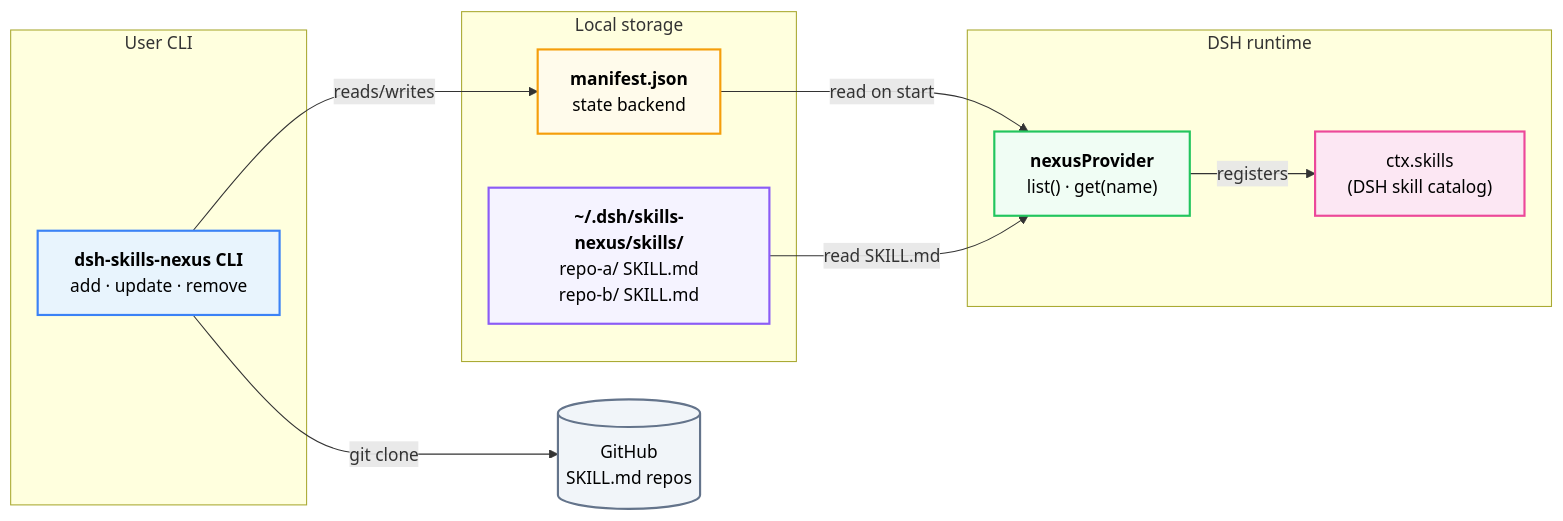
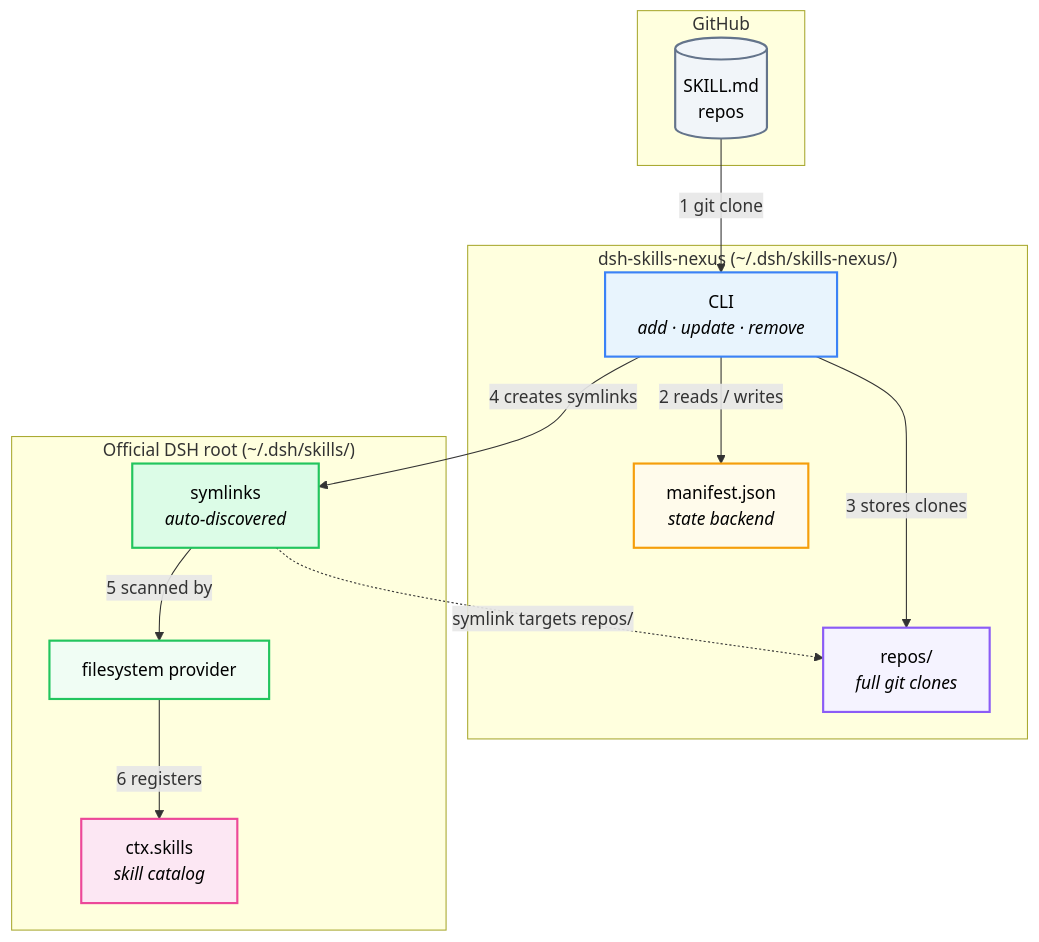
One commit to xiaxi626/dsh-skills-nexus changed the diagram in README.md. Above: the diagram before and after it, drawn with Mermaid. The commit also changed other lines of this file and 91 other files, not shown here.

First line of the commit message:
feat: 架构重构为 Symlink + 官方 Provider

````diff
--- a/README.md
+++ b/README.md
@@ -16,31 +22,34 @@
 ```mermaid
-flowchart LR
-    subgraph User CLI
-        A["<b>dsh-skills-nexus CLI</b><br/>add · update · remove"]
+flowchart TD
+    subgraph SRC["GitHub"]
+        G[("SKILL.md<br/>repos")]
     end
 
-    subgraph Local storage
-        M["<b>manifest.json</b><br/>state backend"]
-        S["<b>~/.dsh/skills-nexus/skills/</b><br/>repo-a/ SKILL.md<br/>repo-b/ SKILL.md"]
+    subgraph NEXUS["dsh-skills-nexus  (~/.dsh/skills-nexus/)"]
+        A["CLI<br/><i>add · update · remove</i>"]
+        M["manifest.json<br/><i>state backend</i>"]
+        R["repos/<br/><i>full git clones</i>"]
     end
 
-    subgraph DSH runtime
-        P["<b>nexusProvider</b><br/>list() · get(name)"]
-        C["ctx.skills<br/>(DSH skill catalog)"]
+    subgraph DSH["Official DSH root  (~/.dsh/skills/)"]
+        L["symlinks<br/><i>auto-discovered</i>"]
+        P["filesystem provider"]
+        C["ctx.skills<br/><i>skill catalog</i>"]
     end
 
-    G[("GitHub<br/>SKILL.md repos")]
-
-    A -- "git clone" --> G
-    A -- "reads/writes" --> M
-    M -- "read on start" --> P
-    S -- "read SKILL.md" --> P
-    P -- "registers" --> C
+    G -->|"1  git clone"| A
+    A -->|"2  reads / writes"| M
+    A -->|"3  stores clones"| R
+    A -->|"4  creates symlinks"| L
+    L -.->|"symlink targets repos/"| R
+    L -->|"5  scanned by"| P
+    P -->|"6  registers"| C
 
     style A fill:#e8f4fd,stroke:#3b82f6,stroke-width:2px,color:#000
     style P fill:#f0fdf4,stroke:#22c55e,stroke-width:2px,color:#000
     style M fill:#fffbeb,stroke:#f59e0b,stroke-width:2px,color:#000
-    style S fill:#f5f3ff,stroke:#8b5cf6,stroke-width:2px,color:#000
+    style R fill:#f5f3ff,stroke:#8b5cf6,stroke-width:2px,color:#000
+    style L fill:#dcfce7,stroke:#22c55e,stroke-width:2px,color:#000
     style C fill:#fce7f3,stroke:#ec4899,stroke-width:2px,color:#000
     style G fill:#f1f5f9,stroke:#64748b,stroke-width:2px,color:#000
 ```
````
